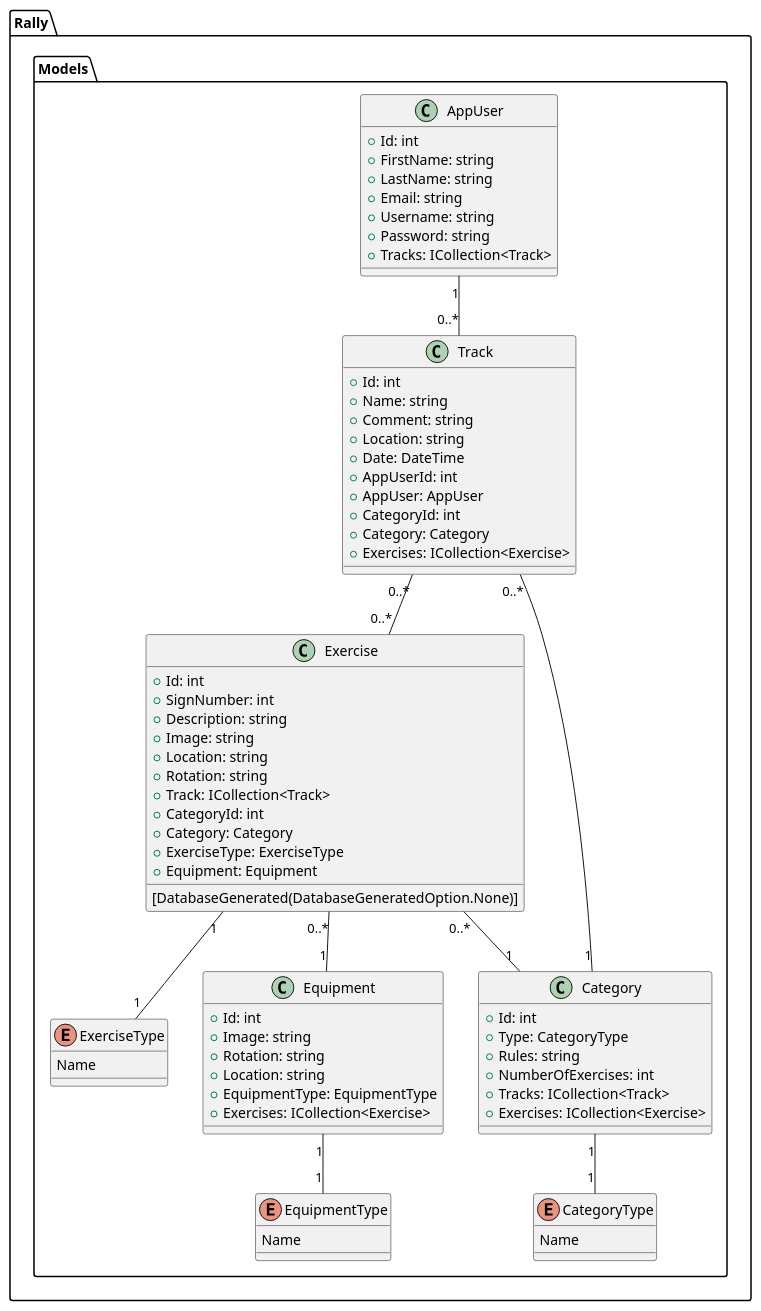
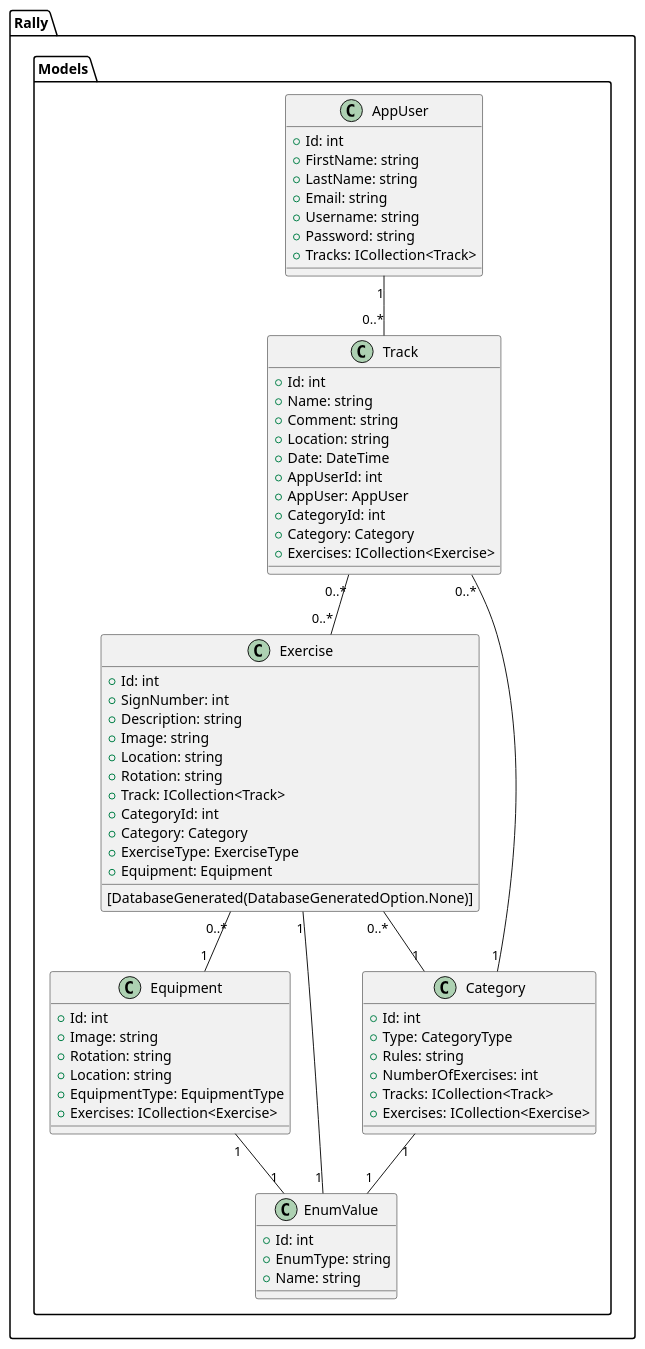
One commit to Trygvemb/Rally_MVC changed the diagram in Documentation/DCD.wsd. Above: the diagram before and after it, drawn with PlantUML. The commit also changed 6 other files, not shown here.

```diff
--- a/Documentation/DCD.wsd
+++ b/Documentation/DCD.wsd
@@ -1,85 +1,79 @@
 @startuml Design Class Diagram for models
 
 namespace Rally.Models {
     class AppUser {
         + Id: int
         + FirstName: string
         + LastName: string
         + Email: string
         + Username: string
         + Password: string
         + Tracks: ICollection<Track>
     }
 
     class Track {
         + Id: int
         + Name: string
         + Comment: string
         + Location: string
         + Date: DateTime
         + AppUserId: int
         + AppUser: AppUser
         + CategoryId: int
         + Category: Category
         + Exercises: ICollection<Exercise>
     }
 
     class Exercise {
         [DatabaseGenerated(DatabaseGeneratedOption.None)]
         + Id: int
         + SignNumber: int
         + Description: string
         + Image: string
         + Location: string
         + Rotation: string
         + Track: ICollection<Track>
         + CategoryId: int
         + Category: Category
         + ExerciseType: ExerciseType
         + Equipment: Equipment
     }
 
-    enum ExerciseType {
-        Name
-    }
-
     class Equipment {
         + Id: int
         + Image: string
         + Rotation: string
         + Location: string
         + EquipmentType: EquipmentType
         + Exercises: ICollection<Exercise>
-    }
-
-    enum EquipmentType {
-        Name
     }
 
     class Category {
         + Id: int
         + Type: CategoryType
         + Rules: string
         + NumberOfExercises: int
         + Tracks: ICollection<Track>
         + Exercises: ICollection<Exercise>
     }
 
-    enum CategoryType {
-        Name
+    class EnumValue {
+        + Id: int
+        + EnumType: string
+        + Name: string
     }
 
     AppUser "1" -- "0..*" Track
     Track "0..*" -- "1" Category
     Track "0..*" -- "0..*" Exercise
     Exercise "0..*" -- "1" Equipment
     Exercise "0..*" -- "1" Category
-    Category "1" -- "1" CategoryType
-    Exercise "1" -- "1" ExerciseType
-    Equipment "1" -- "1" EquipmentType
+    Category "1" -- "1" EnumValue
+    Exercise "1" -- "1" EnumValue
+    Equipment "1" -- "1" EnumValue
 
 }
 
 
 
 @enduml
```
